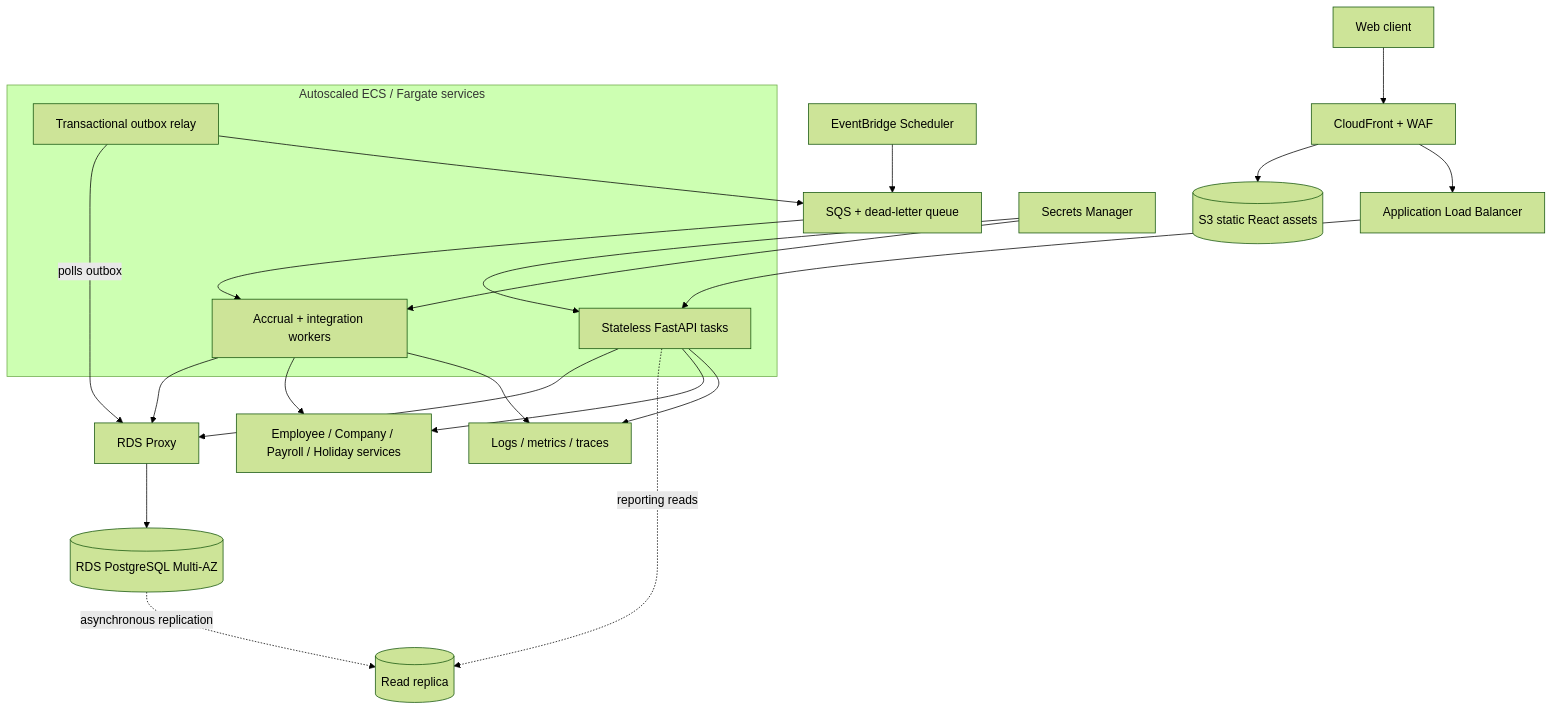
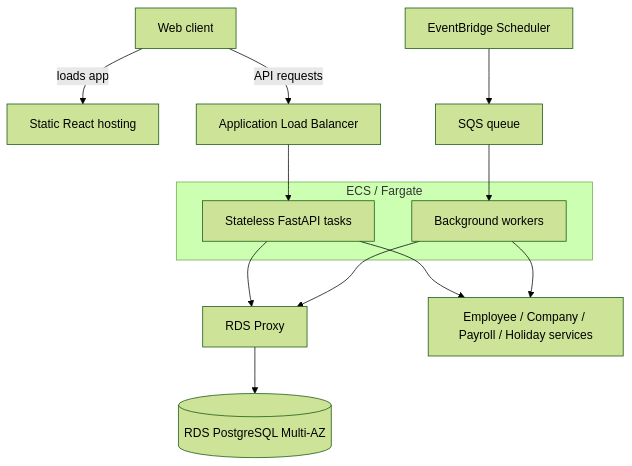
One commit to advaith334/warp-time-off-tracking changed the second of 2 diagrams in README.md. Above: the diagram before and after it, drawn with Mermaid (forest theme). The commit also changed other lines of this file, not shown here.

````diff
--- a/README.md
+++ b/README.md
@@ -96,31 +96,24 @@
 ```mermaid
 flowchart TB
-    Client[Web client] --> Edge[CloudFront + WAF]
-    Edge --> Assets[(S3 static React assets)]
-    Edge --> LB[Application Load Balancer]
+    Client[Web client]
+    Frontend[Static React hosting]
+    LB[Application Load Balancer]
 
-    subgraph ECS[Autoscaled ECS / Fargate services]
+    subgraph ECS[ECS / Fargate]
         API[Stateless FastAPI tasks]
-        Relay[Transactional outbox relay]
-        Workers[Accrual + integration workers]
+        Workers[Background workers]
     end
 
+    Client -- loads app --> Frontend
+    Client -- API requests --> LB
     LB --> API
     API --> Proxy[RDS Proxy]
+    Proxy --> Primary[(RDS PostgreSQL Multi-AZ)]
+
+    Scheduler[EventBridge Scheduler] --> Queue[SQS queue]
+    Queue --> Workers
     Workers --> Proxy
-    Relay -- polls outbox --> Proxy
-    Proxy --> Primary[(RDS PostgreSQL Multi-AZ)]
-    Primary -. asynchronous replication .-> Replica[(Read replica)]
-    API -. reporting reads .-> Replica
-
-    Scheduler[EventBridge Scheduler] --> Queue[SQS + dead-letter queue]
-    Relay --> Queue
-    Queue --> Workers
 
     API --> External[Employee / Company / Payroll / Holiday services]
     Workers --> External
-    API --> Telemetry[Logs / metrics / traces]
-    Workers --> Telemetry
-    Secrets[Secrets Manager] --> API
-    Secrets --> Workers
 ```
````
